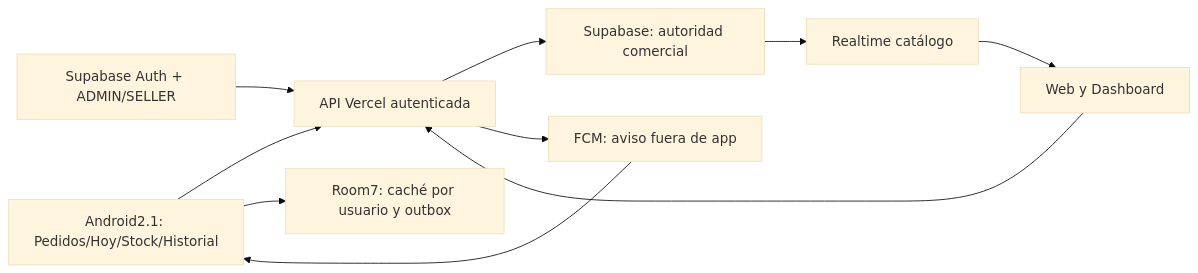
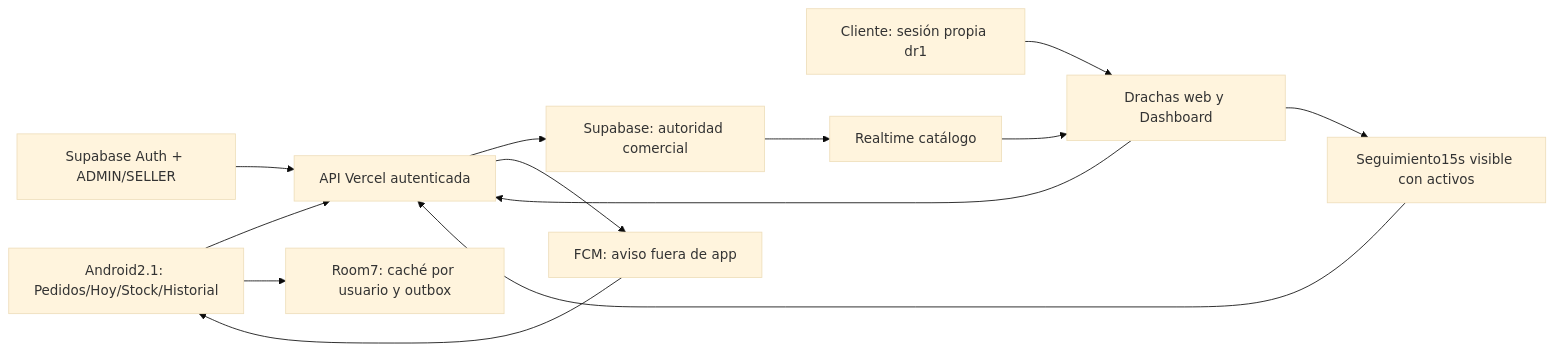
The diagram in docs/knowledge/diagrams/01-system.md (NotKingbryanPY/donas-racha), drawn with Mermaid (base theme) before and after one commit. The commit also changed 59 other files, not shown here.

Commit message:
Drachas identity and customer order tracking (#48)

````diff
--- a/docs/knowledge/diagrams/01-system.md
+++ b/docs/knowledge/diagrams/01-system.md
@@ -5,10 +5,12 @@
 ```mermaid
 flowchart LR
   android["Android2.1: Pedidos/Hoy/Stock/Historial"] --> api["API Vercel autenticada"]
-  web["Web y Dashboard"] --> api
+  web["Drachas web y Dashboard"] --> api
+  customer["Cliente: sesión propia dr1"] --> web
+  web --> tracking["Seguimiento15s visible con activos"] --> api
   api --> pg["Supabase: autoridad comercial"]
   android --> room["Room7: caché por usuario y outbox"]
   auth["Supabase Auth + ADMIN/SELLER"] --> api
   api --> fcm["FCM: aviso fuera de app"] --> android
   pg --> rt["Realtime catálogo"] --> web
 ```
````
